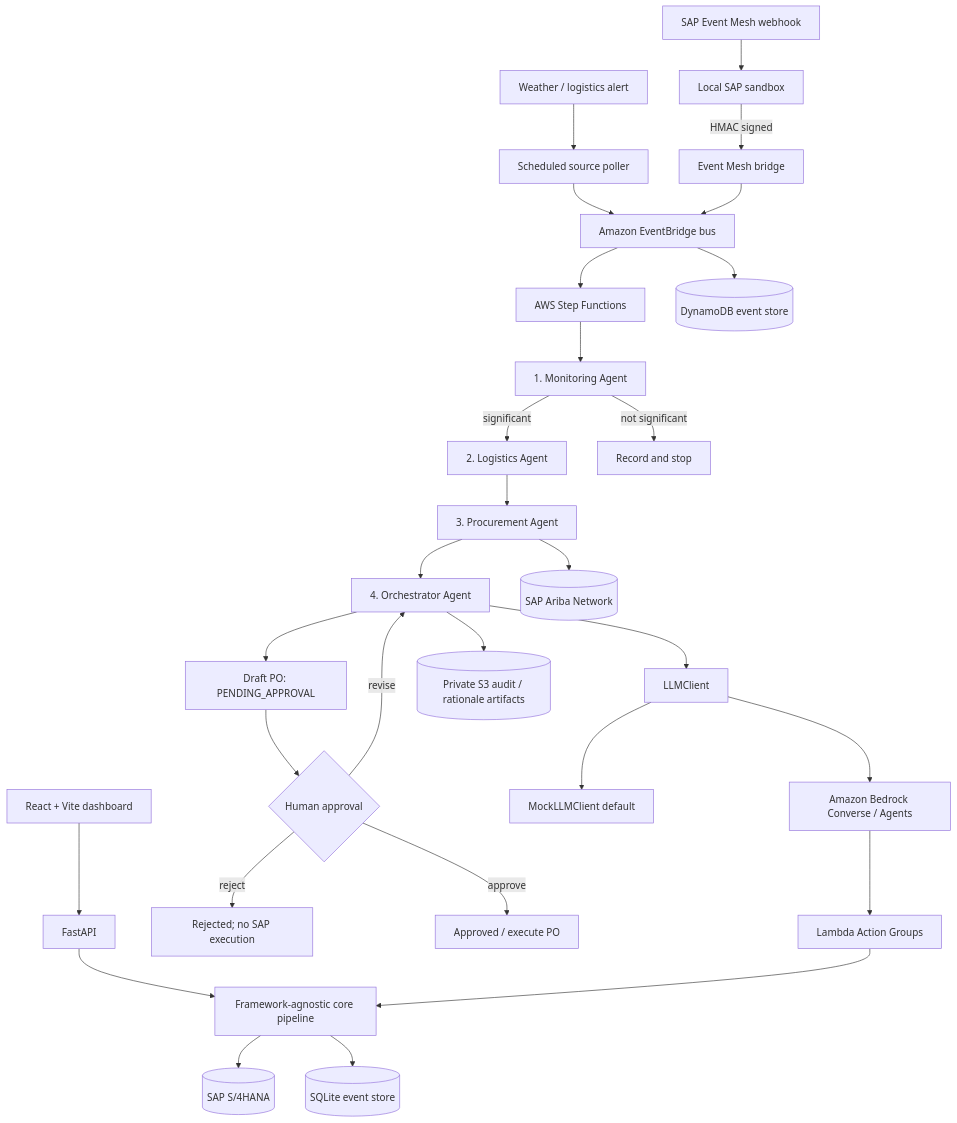
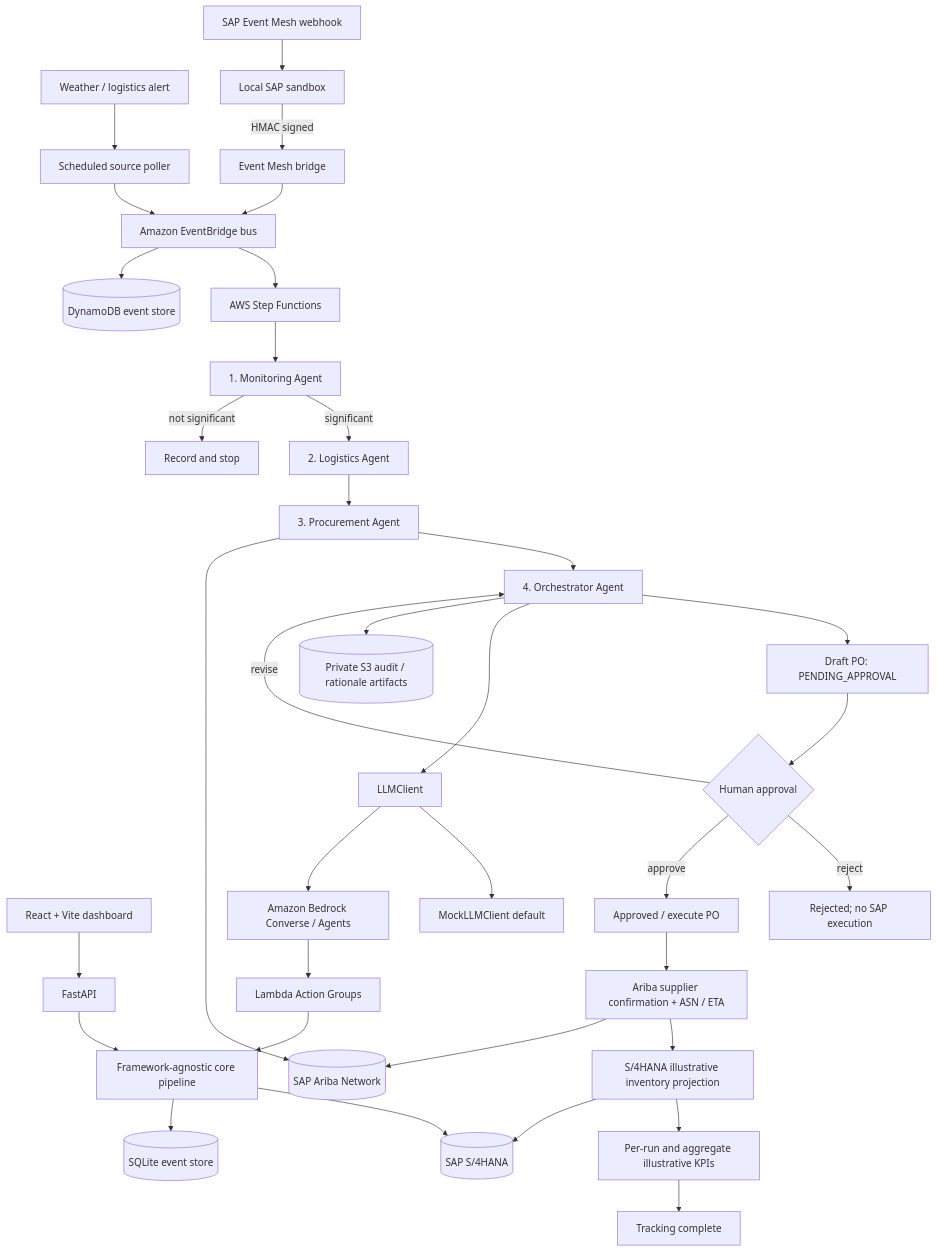
Before and after one commit to Erlangga31/ChainMind: the diagram in docs/architecture.md, drawn with Mermaid. The commit also changed other lines of this file and 21 other files, not shown here.

Commit message:
feat(tracking): add post-approval supplier execution tracking

````diff
--- a/docs/architecture.md
+++ b/docs/architecture.md
@@ -5,31 +5,37 @@
 ```mermaid
 flowchart TD
     Ext[Weather / logistics alert] --> Poller[Scheduled source poller]
     Poller --> EB[Amazon EventBridge bus]
     SAPEvents[SAP Event Mesh webhook] --> Sandbox[Local SAP sandbox]
     Sandbox -->|HMAC signed| Bridge[Event Mesh bridge]
     Bridge --> EB
     UI[React + Vite dashboard] --> API[FastAPI]
     API --> Core[Framework-agnostic core pipeline]
     EB --> SF[AWS Step Functions]
     SF --> M[1. Monitoring Agent]
     M -->|significant| L[2. Logistics Agent]
     M -->|not significant| Stop[Record and stop]
     L --> P[3. Procurement Agent]
     P --> O[4. Orchestrator Agent]
     O --> Draft[Draft PO: PENDING_APPROVAL]
     Draft --> Human{Human approval}
     Human -->|revise| O
     Human -->|reject| Rejected[Rejected; no SAP execution]
     Human -->|approve| Execute[Approved / execute PO]
+    Execute --> Track[Ariba supplier confirmation + ASN / ETA]
+    Track --> Projection[S/4HANA illustrative inventory projection]
+    Projection --> KPIs[Per-run and aggregate illustrative KPIs]
+    KPIs --> Done[Tracking complete]
     Core --> SAP[(SAP S/4HANA)]
     P --> Ariba[(SAP Ariba Network)]
+    Track --> Ariba
+    Projection --> SAP
     O --> LLM[LLMClient]
     LLM --> MockLLM[MockLLMClient default]
     LLM --> Bedrock[Amazon Bedrock Converse / Agents]
     Bedrock --> Actions[Lambda Action Groups]
     Actions --> Core
     Core --> Store[(SQLite event store)]
     EB --> StoreAWS[(DynamoDB event store)]
     O --> Audit[(Private S3 audit / rationale artifacts)]
 ```
````
